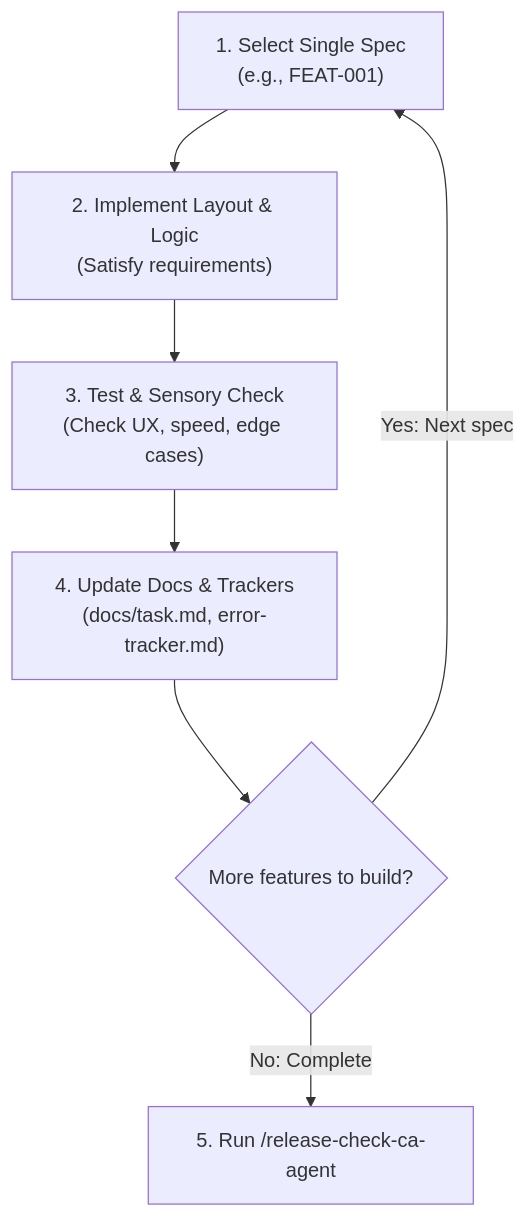
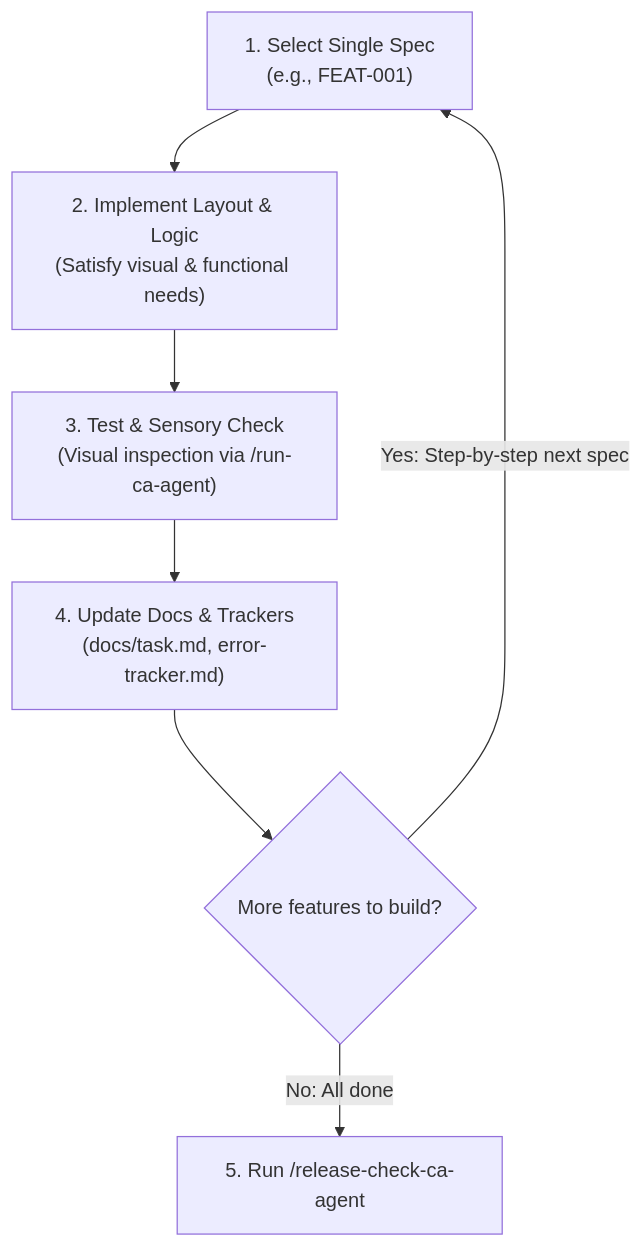
One commit to rmsofficialsyt/Agentic-AI-Vibe-Coding-AND-SDD-TDD-Codebase-Chandan-Adhikary changed the second of 3 diagrams in Vibe-Coding-Chandan-Adhikary/Vibe-Coding/docs/features/README.md. Above: the diagram before and after it, drawn with Mermaid. The commit also changed other lines of this file and 21 other files, not shown here.

Commit message:
docs: polish README files and embed AI-generated architecture diagrams and workflows

````diff
--- a/Vibe-Coding-Chandan-Adhikary/Vibe-Coding/docs/features/README.md
+++ b/Vibe-Coding-Chandan-Adhikary/Vibe-Coding/docs/features/README.md
@@ -51,9 +50,9 @@
 ```mermaid
 flowchart TD
-    SelectSpec["1. Select Single Spec<br/>(e.g., FEAT-001)"] --> ScaffoldCode["2. Implement Layout & Logic<br/>(Satisfy requirements)"]
-    ScaffoldCode --> LiveVerify["3. Test & Sensory Check<br/>(Check UX, speed, edge cases)"]
+    SelectSpec["1. Select Single Spec<br/>(e.g., FEAT-001)"] --> ScaffoldCode["2. Implement Layout & Logic<br/>(Satisfy visual & functional needs)"]
+    ScaffoldCode --> LiveVerify["3. Test & Sensory Check<br/>(Visual inspection via /run-ca-agent)"]
     LiveVerify --> UpdateDocs["4. Update Docs & Trackers<br/>(docs/task.md, error-tracker.md)"]
     UpdateDocs --> NextSpec{"More features to build?"}
-    NextSpec -->|"Yes: Next spec"| SelectSpec
-    NextSpec -->|"No: Complete"| FinalAudit["5. Run /release-check-ca-agent"]
+    NextSpec -->|"Yes: Step-by-step next spec"| SelectSpec
+    NextSpec -->|"No: All done"| FinalAudit["5. Run /release-check-ca-agent"]
 ```
````
